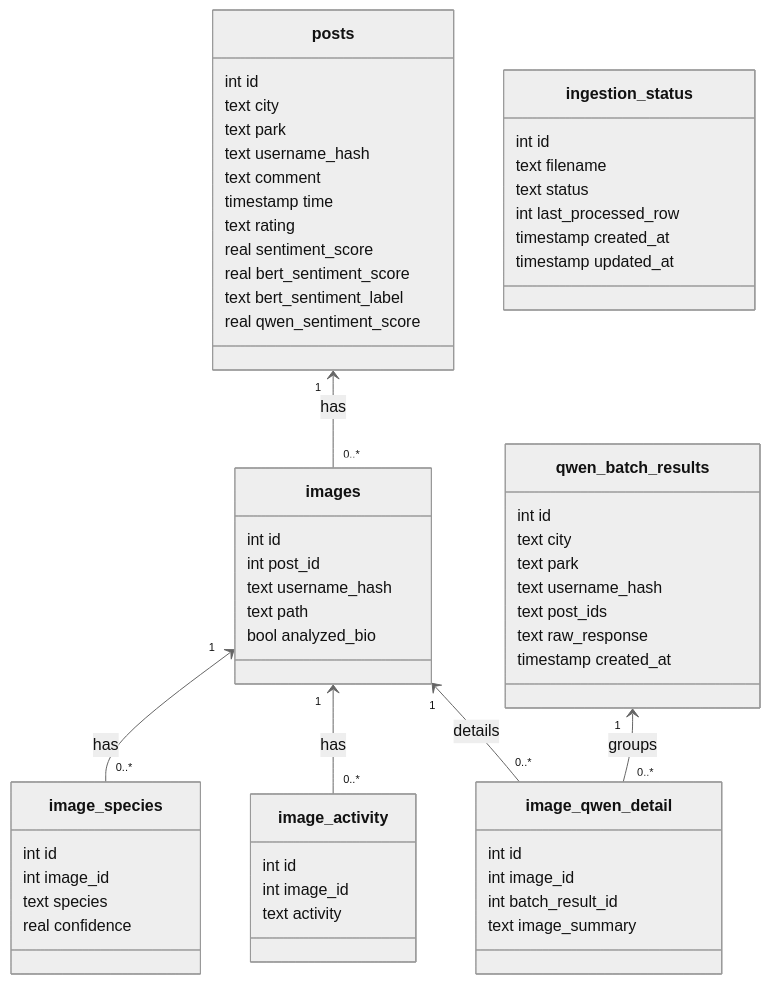
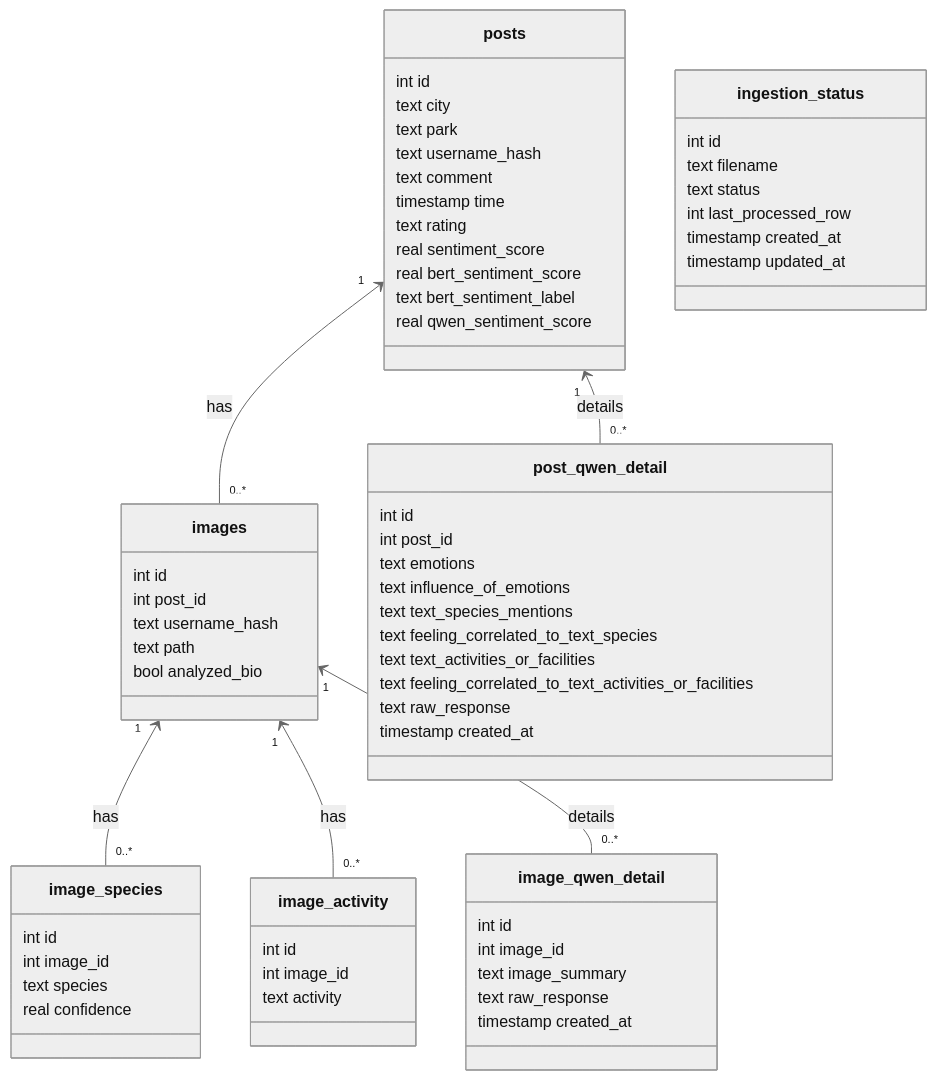
Before and after one commit to Data-Science-Project-2026/ProjectNew: the diagram in documentation/database.md, drawn with Mermaid (neutral theme). The commit also changed other lines of this file and 10 other files, not shown here.

````diff
--- a/documentation/database.md
+++ b/documentation/database.md
@@ -132,63 +127,67 @@
 ```mermaid
 classDiagram
     class posts {
         int id
         text city
         text park
         text username_hash
         text comment
         timestamp time
         text rating
         real sentiment_score
         real bert_sentiment_score
         text bert_sentiment_label
         real qwen_sentiment_score
     }
     class images {
         int id
         int post_id
         text username_hash
         text path
         bool analyzed_bio
     }
     class image_species {
         int id
         int image_id
         text species
         real confidence
     }
     class image_activity {
         int id
         int image_id
         text activity
     }
-    class qwen_batch_results {
+    class post_qwen_detail {
         int id
-        text city
-        text park
-        text username_hash
-        text post_ids
+        int post_id
+        text emotions
+        text influence_of_emotions
+        text text_species_mentions
+        text feeling_correlated_to_text_species
+        text text_activities_or_facilities
+        text feeling_correlated_to_text_activities_or_facilities
         text raw_response
         timestamp created_at
     }
     class image_qwen_detail {
         int id
         int image_id
-        int batch_result_id
         text image_summary
+        text raw_response
+        timestamp created_at
     }
     class ingestion_status {
         int id
         text filename
         text status
         int last_processed_row
         timestamp created_at
         timestamp updated_at
     }
 
     posts "1" <-- "0..*" images : has
     images "1" <-- "0..*" image_species : has
     images "1" <-- "0..*" image_activity : has
-    qwen_batch_results "1" <-- "0..*" image_qwen_detail : groups
+    posts "1" <-- "0..*" post_qwen_detail : details
     images "1" <-- "0..*" image_qwen_detail : details
 ```
````
